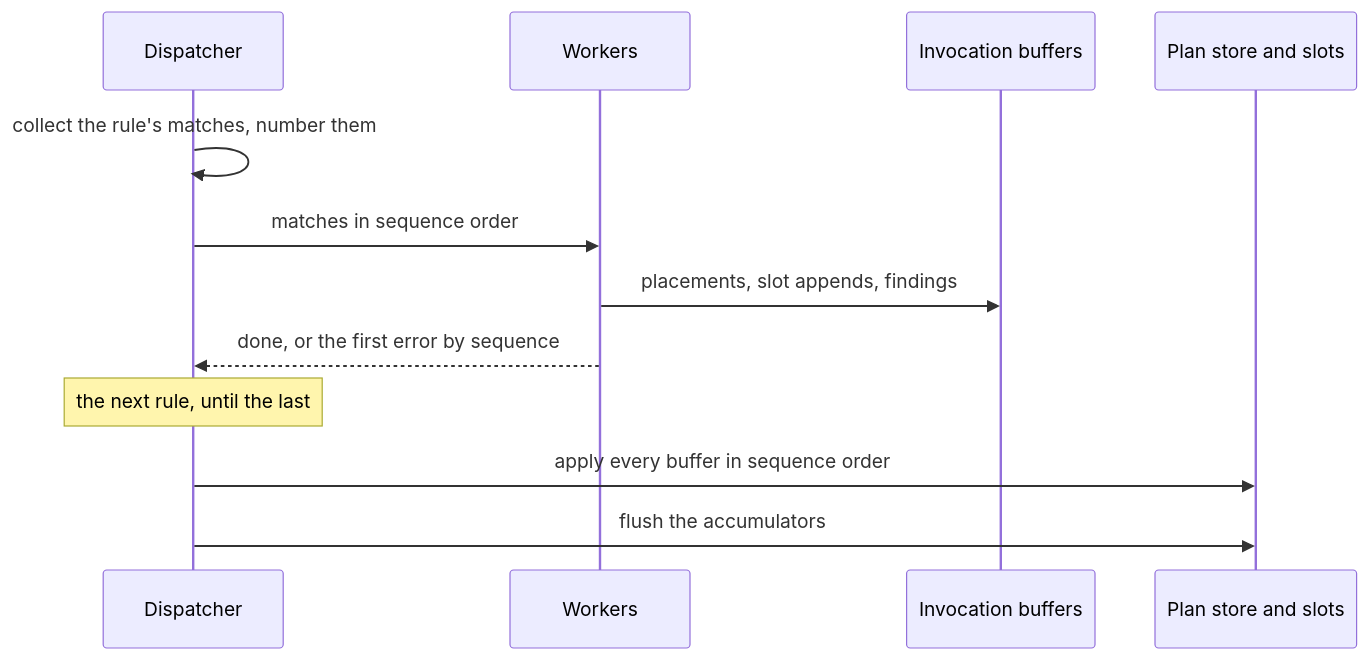
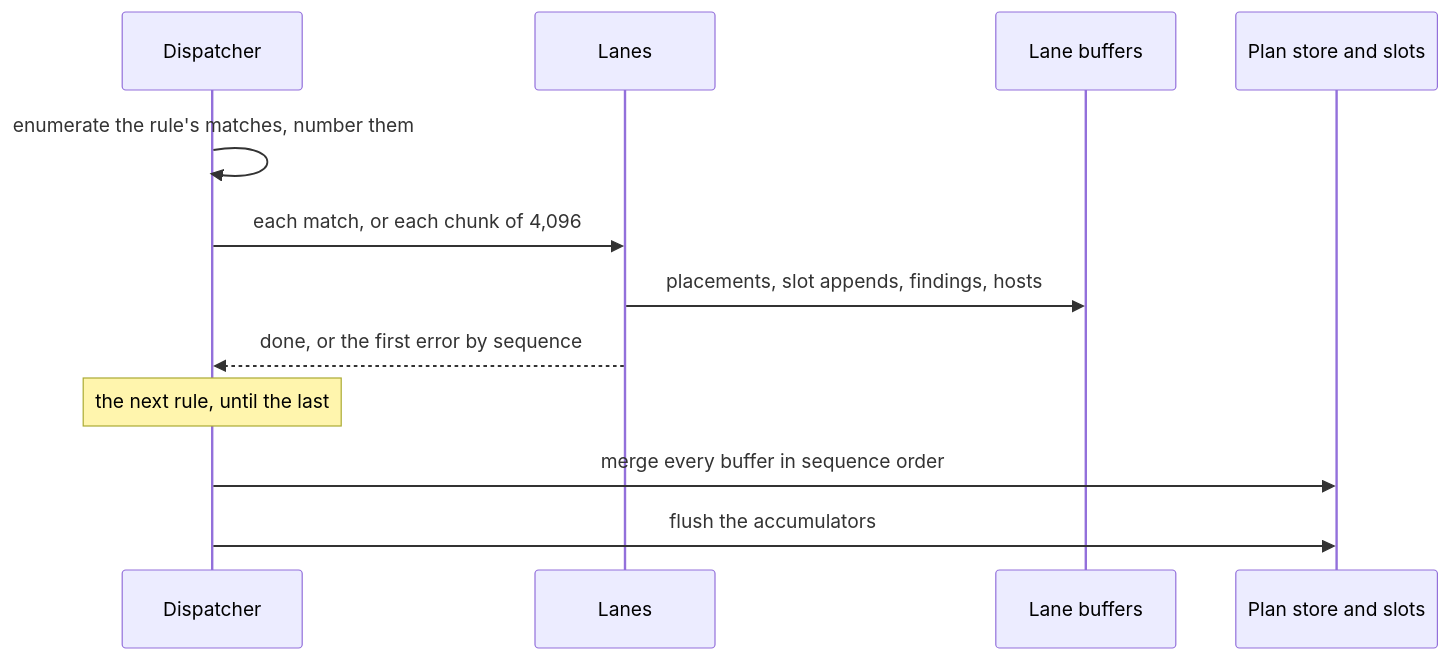
The diagram in docs/rfc/0018-parallel-dispatch-and-slot-appends.md (dokimasia/eidos), drawn with Mermaid before and after one commit. The commit also changed other lines of this file and 8 other files, not shown here.

````diff
--- a/docs/rfc/0018-parallel-dispatch-and-slot-appends.md
+++ b/docs/rfc/0018-parallel-dispatch-and-slot-appends.md
@@ -136,14 +153,14 @@
 ```mermaid
 sequenceDiagram
     participant D as Dispatcher
-    participant W as Workers
-    participant B as Invocation buffers
+    participant L as Lanes
+    participant B as Lane buffers
     participant E as Plan store and slots
-    D->>D: collect the rule's matches, number them
-    D->>W: matches in sequence order
-    W->>B: placements, slot appends, findings
-    W-->>D: done, or the first error by sequence
+    D->>D: enumerate the rule's matches, number them
+    D->>L: each match, or each chunk of 4,096
+    L->>B: placements, slot appends, findings, hosts
+    L-->>D: done, or the first error by sequence
     Note over D: the next rule, until the last
-    D->>E: apply every buffer in sequence order
+    D->>E: merge every buffer in sequence order
     D->>E: flush the accumulators
 ```
````
